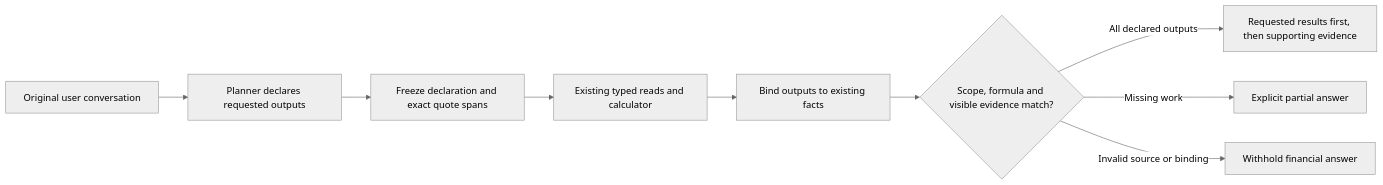
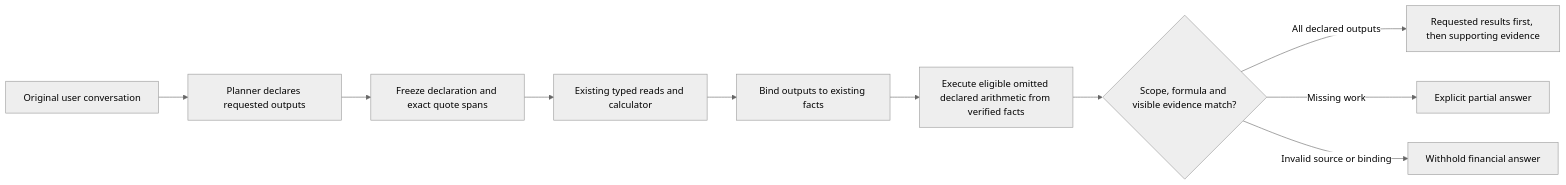
One commit to rayidali/spiich_homework changed the diagram in docs/ANSWER_COMPLETENESS.md. Above: the diagram before and after it, drawn with Mermaid (neutral theme). The commit also changed other lines of this file and 19 other files, not shown here.

Commit message:
feat: finish declared arithmetic from verified financial facts

````diff
--- a/docs/ANSWER_COMPLETENESS.md
+++ b/docs/ANSWER_COMPLETENESS.md
@@ -26,11 +28,12 @@
 ```mermaid
 flowchart LR
   U[Original user conversation] --> P[Planner declares requested outputs]
   P --> F[Freeze declaration and exact quote spans]
   F --> D[Existing typed reads and calculator]
   D --> B[Bind outputs to existing facts]
-  B --> V{Scope, formula and visible evidence match?}
+  B --> C[Execute eligible omitted declared arithmetic from verified facts]
+  C --> V{Scope, formula and visible evidence match?}
   V -->|All declared outputs| A[Requested results first, then supporting evidence]
   V -->|Missing work| M[Explicit partial answer]
   V -->|Invalid source or binding| X[Withhold financial answer]
 ```
````
